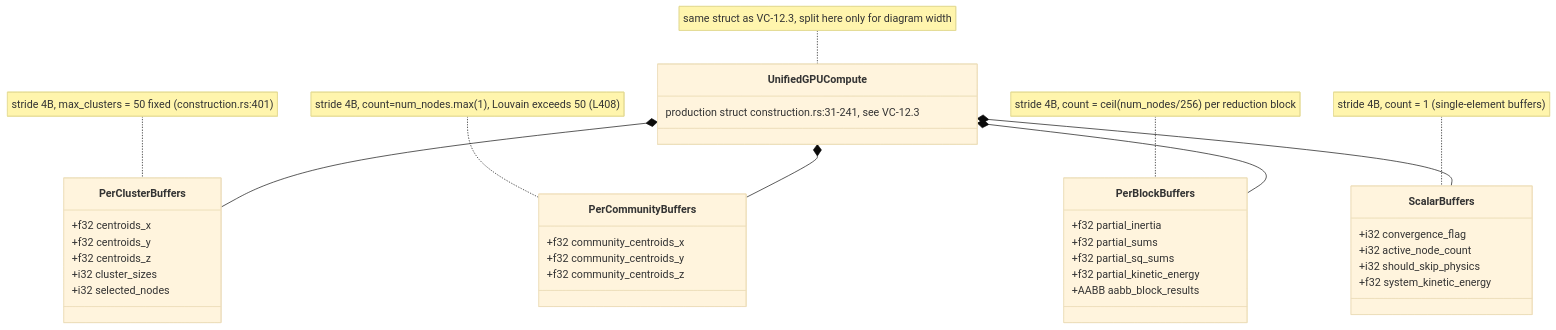
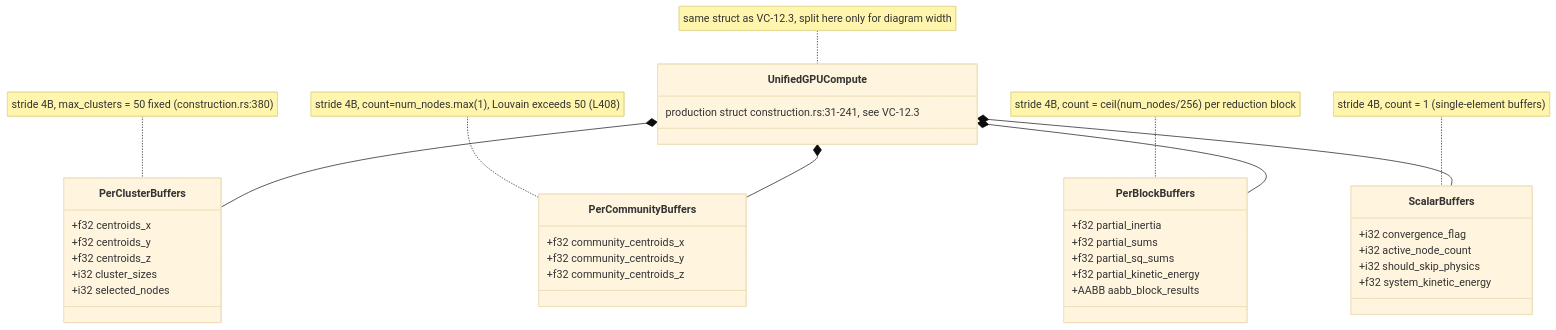
Before and after one commit to DreamLab-AI/VisionFlow: the fourth of 7 diagrams in docs/diagrams/visionclaw/12-simparams-abi-and-ptx.md, drawn with Mermaid (base theme). The commit also changed other lines of this file and 94 other files, not shown here.

First line of the commit message:
docs(diagrams): re-verify 130 topics against 2 October HEADs

````diff
--- a/docs/diagrams/visionclaw/12-simparams-abi-and-ptx.md
+++ b/docs/diagrams/visionclaw/12-simparams-abi-and-ptx.md
@@ -244,41 +244,41 @@
 ```mermaid
 classDiagram
     class PerClusterBuffers {
         +f32 centroids_x
         +f32 centroids_y
         +f32 centroids_z
         +i32 cluster_sizes
         +i32 selected_nodes
     }
     class PerCommunityBuffers {
         +f32 community_centroids_x
         +f32 community_centroids_y
         +f32 community_centroids_z
     }
     class PerBlockBuffers {
         +f32 partial_inertia
         +f32 partial_sums
         +f32 partial_sq_sums
         +f32 partial_kinetic_energy
         +AABB aabb_block_results
     }
     class ScalarBuffers {
         +i32 convergence_flag
         +i32 active_node_count
         +i32 should_skip_physics
         +f32 system_kinetic_energy
     }
     class UnifiedGPUCompute {
         production struct construction.rs:31-241, see VC-12.3
     }
     UnifiedGPUCompute *-- PerClusterBuffers
     UnifiedGPUCompute *-- PerCommunityBuffers
     UnifiedGPUCompute *-- PerBlockBuffers
     UnifiedGPUCompute *-- ScalarBuffers
 
-    note for PerClusterBuffers "stride 4B, max_clusters = 50 fixed (construction.rs:401)"
+    note for PerClusterBuffers "stride 4B, max_clusters = 50 fixed (construction.rs:380)"
     note for PerCommunityBuffers "stride 4B, count=num_nodes.max(1), Louvain exceeds 50 (L408)"
     note for PerBlockBuffers "stride 4B, count = ceil(num_nodes/256) per reduction block"
     note for ScalarBuffers "stride 4B, count = 1 (single-element buffers)"
     note for UnifiedGPUCompute "same struct as VC-12.3, split here only for diagram width"
 ```
````
